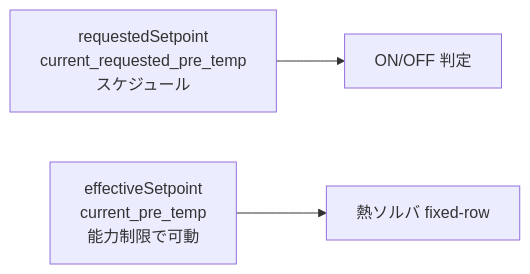
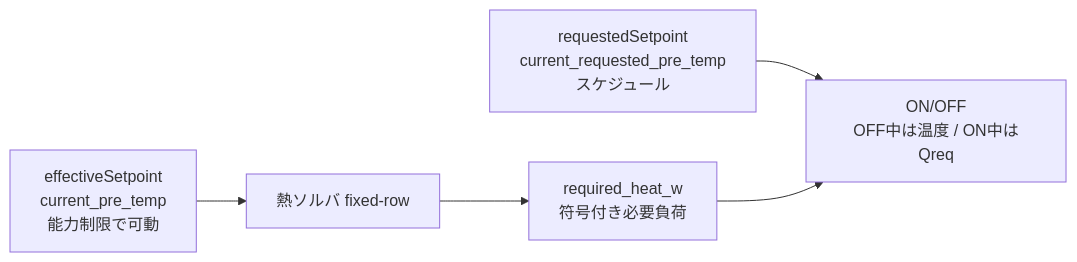
Before and after one commit to iguchi-lab/vtsimnx: the tenth of 11 diagrams in engine/docs/simulation_loops.md, drawn with Mermaid. The commit also changed other lines of this file and 11 other files, not shown here.

````diff
--- a/engine/docs/simulation_loops.md
+++ b/engine/docs/simulation_loops.md
@@ -194,5 +194,7 @@
 ```mermaid
 flowchart LR
-    REQ["requestedSetpoint<br/>current_requested_pre_temp<br/>スケジュール"] --> ON["ON/OFF 判定"]
+    REQ["requestedSetpoint<br/>current_requested_pre_temp<br/>スケジュール"] --> ON["ON/OFF<br/>OFF中は温度 / ON中はQreq"]
     EFF["effectiveSetpoint<br/>current_pre_temp<br/>能力制限で可動"] --> FIX["熱ソルバ fixed-row"]
+    FIX --> QR["required_heat_w<br/>符号付き必要負荷"]
+    QR --> ON
 ```
````
